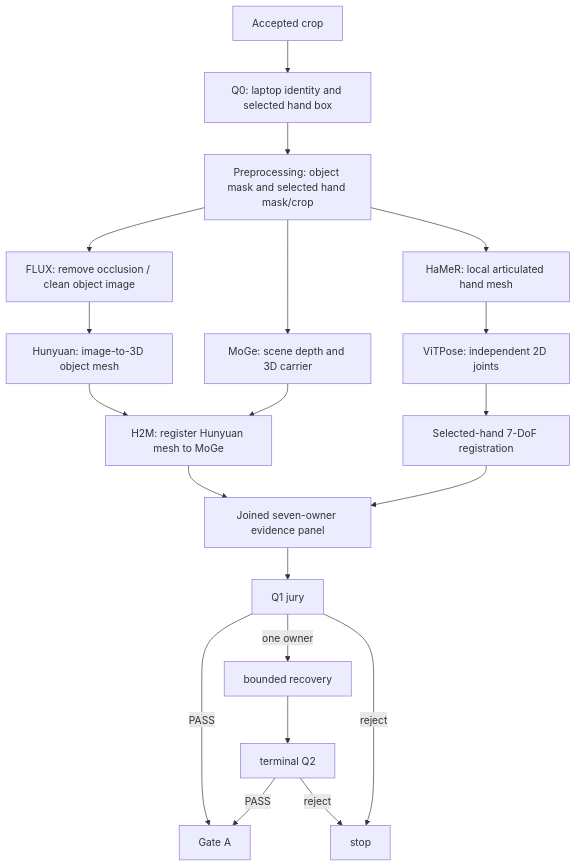
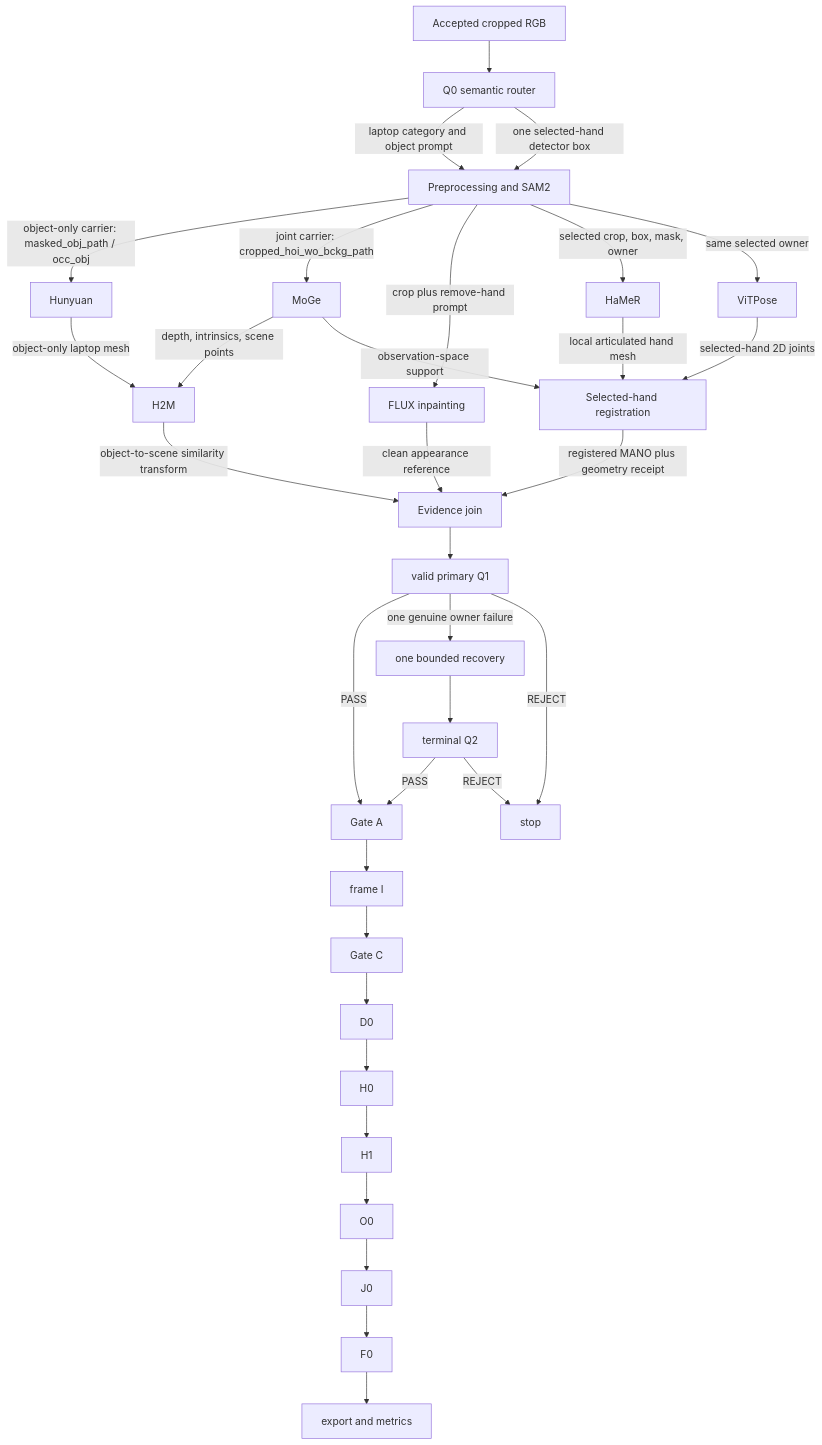
The diagram in docs/phase2/design_notes/automation/alapuse02v3n60_foundation_model_route_and_Q1_Q2_contract_v99_11_7_13_3_13_5_5_1_7_3_5_14_112_213.md (hahayun3325/hoiso), drawn with Mermaid before and after one commit. The commit also changed other lines of this file and 4 other files, not shown here.

Commit message:
automation: split object and scene inputs with runtime prompt tests

```diff
--- a/docs/phase2/design_notes/automation/alapuse02v3n60_foundation_model_route_and_Q1_Q2_contract_v99_11_7_13_3_13_5_5_1_7_3_5_14_112_213.md
+++ b/docs/phase2/design_notes/automation/alapuse02v3n60_foundation_model_route_and_Q1_Q2_contract_v99_11_7_13_3_13_5_5_1_7_3_5_14_112_213.md
@@ -16,22 +17,40 @@
 ~~~mermaid
 flowchart TD
-  A[Accepted crop] --> Q0[Q0: laptop identity and selected hand box]
-  Q0 --> P[Preprocessing: object mask and selected hand mask/crop]
-  P --> F[FLUX: remove occlusion / clean object image]
-  F --> HY[Hunyuan: image-to-3D object mesh]
-  P --> M[MoGe: scene depth and 3D carrier]
-  HY --> H2M[H2M: register Hunyuan mesh to MoGe]
-  M --> H2M
-  P --> HA[HaMeR: local articulated hand mesh]
-  HA --> VP[ViTPose: independent 2D joints]
-  VP --> R[Selected-hand 7-DoF registration]
-  H2M --> J[Joined seven-owner evidence panel]
-  R --> J
-  J --> Q1[Q1 jury]
+  RGB[Accepted cropped RGB] --> Q0[Q0 semantic router]
+  Q0 -->|laptop category and object prompt| PRE[Preprocessing and SAM2]
+  Q0 -->|one selected-hand detector box| PRE
+
+  PRE -->|object-only carrier: masked_obj_path / occ_obj| HY[Hunyuan]
+  PRE -->|joint carrier: cropped_hoi_wo_bckg_path| MG[MoGe]
+  PRE -->|crop plus remove-hand prompt| FX[FLUX inpainting]
+  PRE -->|selected crop, box, mask, owner| HA[HaMeR]
+  PRE -->|same selected owner| VP[ViTPose]
+
+  HY -->|object-only laptop mesh| H2M[H2M]
+  MG -->|depth, intrinsics, scene points| H2M
+  H2M -->|object-to-scene similarity transform| JOIN[Evidence join]
+
+  HA -->|local articulated hand mesh| REG[Selected-hand registration]
+  VP -->|selected-hand 2D joints| REG
+  MG -->|observation-space support| REG
+  REG -->|registered MANO plus geometry receipt| JOIN
+  FX -->|clean appearance reference| JOIN
+
+  JOIN --> Q1[valid primary Q1]
   Q1 -->|PASS| GA[Gate A]
-  Q1 -->|one owner| REC[bounded recovery]
+  Q1 -->|one genuine owner failure| REC[one bounded recovery]
   REC --> Q2[terminal Q2]
-  Q1 -->|reject| STOP[stop]
   Q2 -->|PASS| GA
-  Q2 -->|reject| STOP
+  Q1 -->|REJECT| STOP[stop]
+  Q2 -->|REJECT| STOP
+
+  GA --> FI[frame I]
+  FI --> GC[Gate C]
+  GC --> D0[D0]
+  D0 --> H0[H0]
+  H0 --> H1[H1]
+  H1 --> O0[O0]
+  O0 --> J0[J0]
+  J0 --> F0[F0]
+  F0 --> MET[export and metrics]
 ~~~
```
